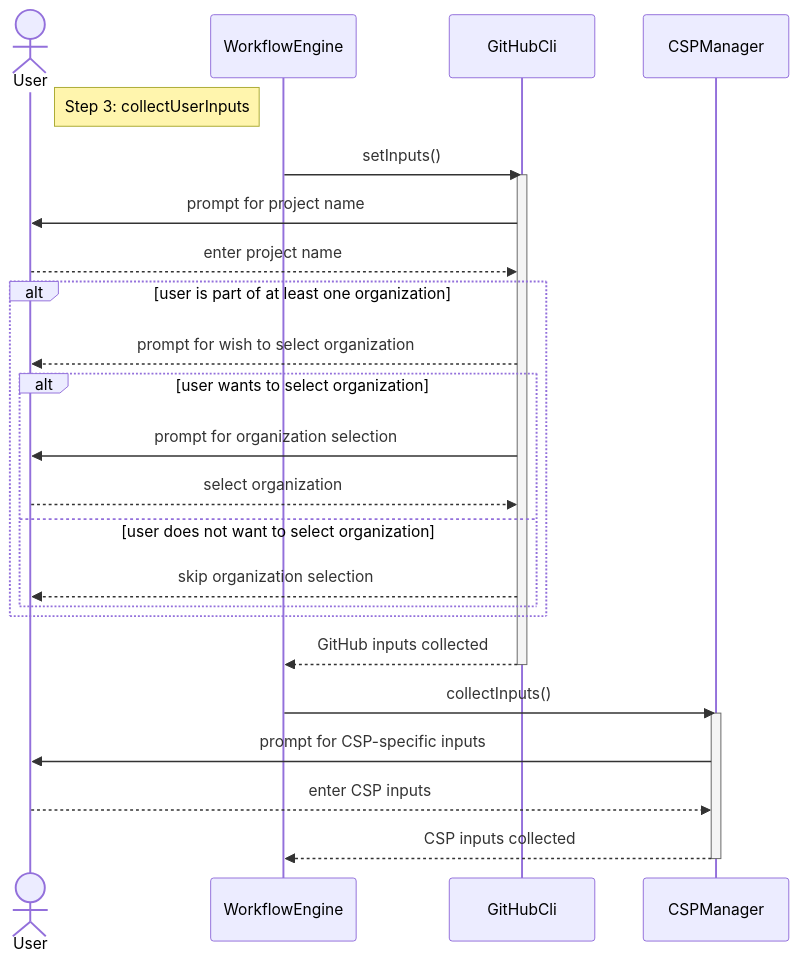
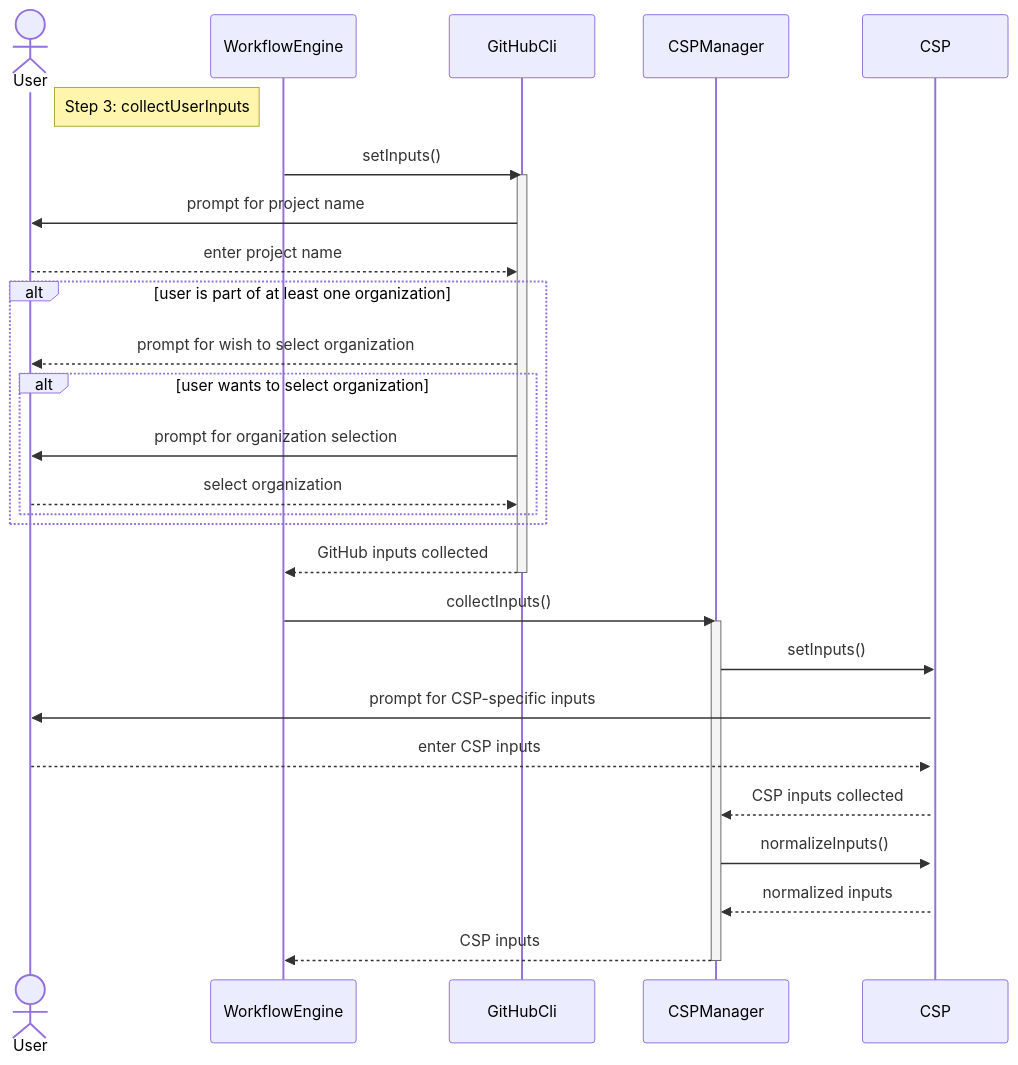
Before and after one commit to oscarmarcussen/master_diagram: the diagram in sequence_diagrams/new/03_collectUserInputs.mmd, drawn with Mermaid. The commit also changed 12 other files, not shown here.

Commit message:
make better sequence diagrams

```diff
--- a/sequence_diagrams/new/03_collectUserInputs.mmd
+++ b/sequence_diagrams/new/03_collectUserInputs.mmd
@@ -1,35 +1,39 @@
 ---
 config:
   theme: default
   look: classic
 ---
 sequenceDiagram
     actor User
     participant WE as WorkflowEngine
     participant GH as GitHubCli
-    participant CSP as CSPManager
+    participant CSPM as CSPManager
+    participant CSP as CSP
 
     note right of User: Step 3: collectUserInputs
     WE->>GH: setInputs()
     activate GH
     GH->>User: prompt for project name
     User-->>GH: enter project name
     alt user is part of at least one organization
         GH-->>User: prompt for wish to select organization
         alt user wants to select organization
             GH->>User: prompt for organization selection
             User-->>GH: select organization
-        else user does not want to select organization
-            GH-->>User: skip organization selection
         end
     end
 
     GH-->>WE: GitHub inputs collected
     deactivate GH
     
-    WE->>CSP: collectInputs()
+    WE->>CSPM: collectInputs()
+    activate CSPM
+    CSPM->>CSP: setInputs()
     activate CSP
     CSP->>User: prompt for CSP-specific inputs
     User-->>CSP: enter CSP inputs
-    CSP-->>WE: CSP inputs collected
-    deactivate CSP
+    CSP-->>CSPM: CSP inputs collected
+    CSPM->>CSP: normalizeInputs()
+    CSP-->>CSPM: normalized inputs
+    CSPM-->>WE: CSP inputs
+    deactivate CSPM
```
